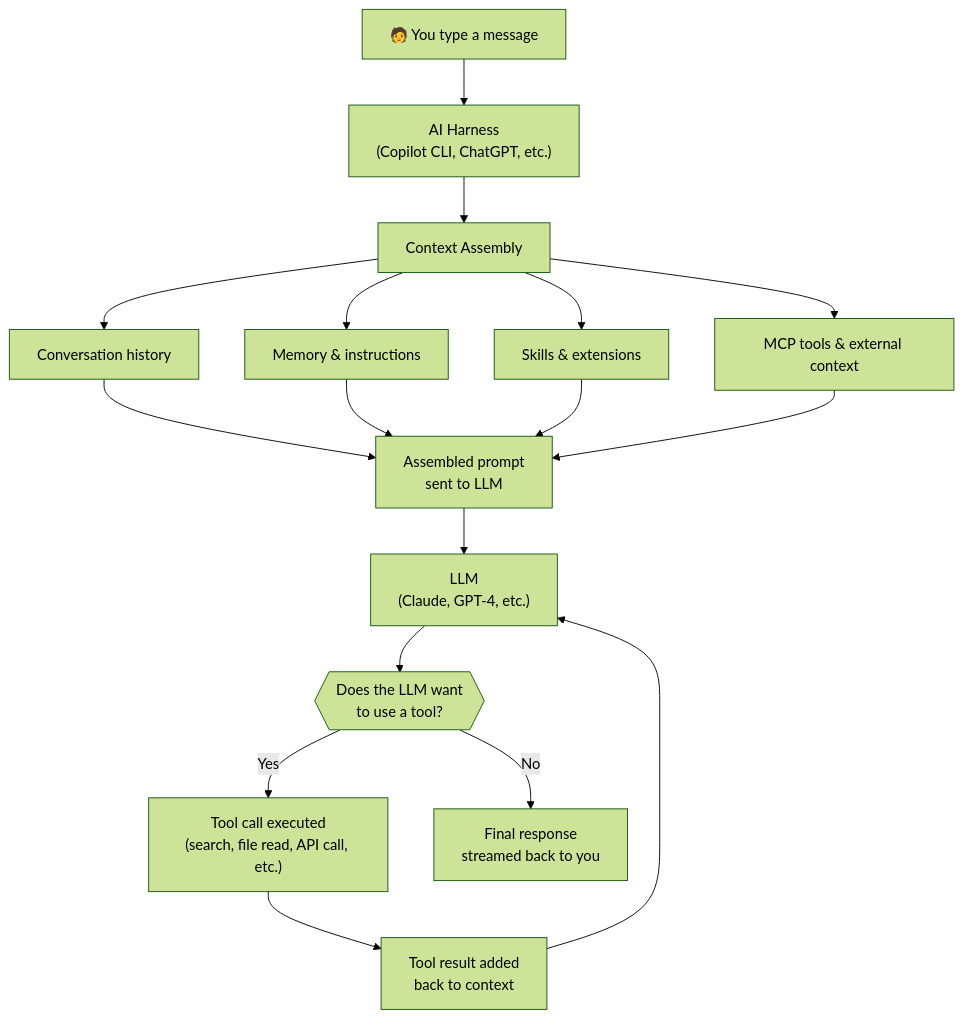
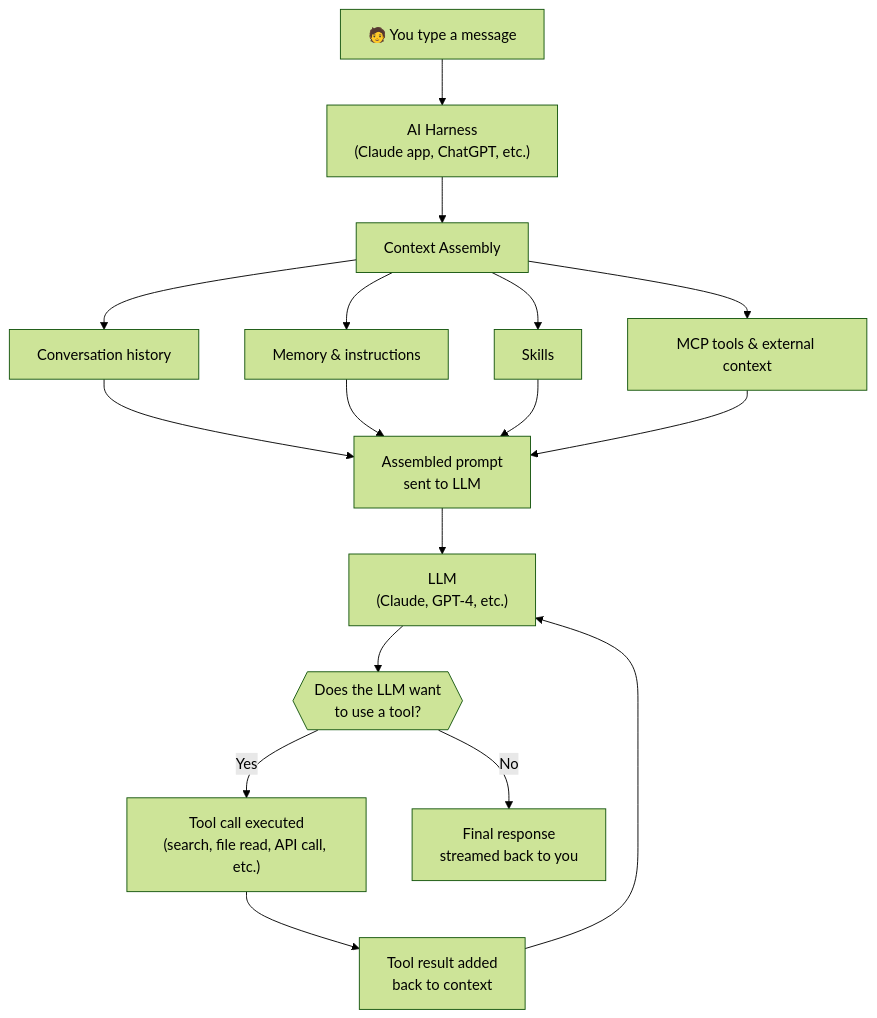
Before and after one commit to khadiwaa/ai-education: the second of 6 diagrams in docs/docs/phase-1/how-ai-works.mdx, drawn with Mermaid (forest theme). The commit also changed other lines of this file and 64 other files, not shown here.

First line of the commit message:
Convert curriculum from Copilot CLI to Claude desktop for knowledge workers

````diff
--- a/docs/docs/phase-1/how-ai-works.mdx
+++ b/docs/docs/phase-1/how-ai-works.mdx
@@ -193,16 +187,16 @@
 ```mermaid
 flowchart TD
-    A["🧑 You type a message"] --> B["AI Harness\n(Copilot CLI, ChatGPT, etc.)"]
+    A["🧑 You type a message"] --> B["AI Harness\n(Claude app, ChatGPT, etc.)"]
     B --> C["Context Assembly"]
     C --> C1["Conversation history"]
     C --> C2["Memory & instructions"]
-    C --> C3["Skills & extensions"]
+    C --> C3["Skills"]
     C --> C4["MCP tools & external context"]
     C1 & C2 & C3 & C4 --> D["Assembled prompt\nsent to LLM"]
     D --> E["LLM\n(Claude, GPT-4, etc.)"]
     E --> F{{"Does the LLM want\nto use a tool?"}}
     F -- Yes --> G["Tool call executed\n(search, file read, API call, etc.)"]
     G --> H["Tool result added\nback to context"]
     H --> E
     F -- No --> I["Final response\nstreamed back to you"]
 ```
````
